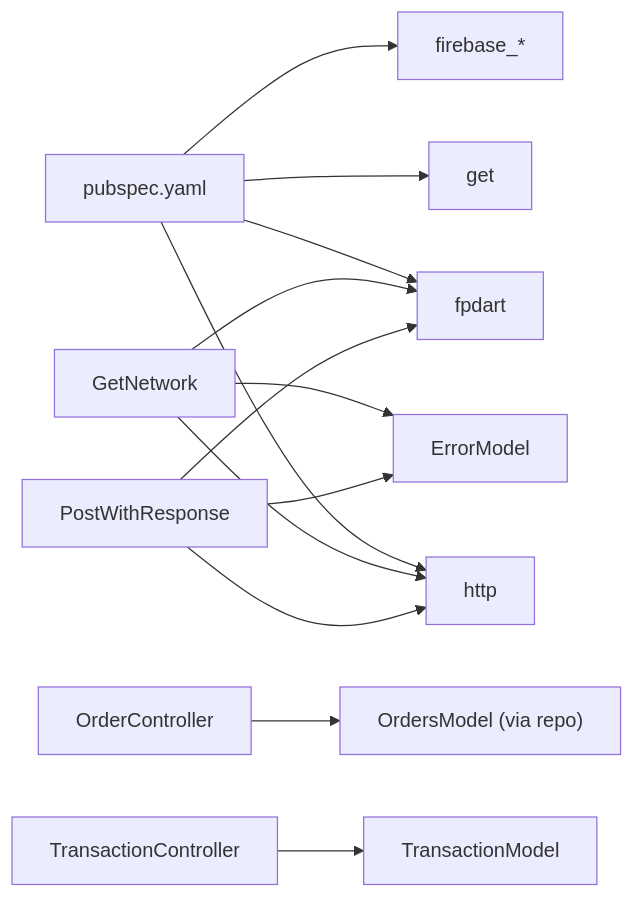
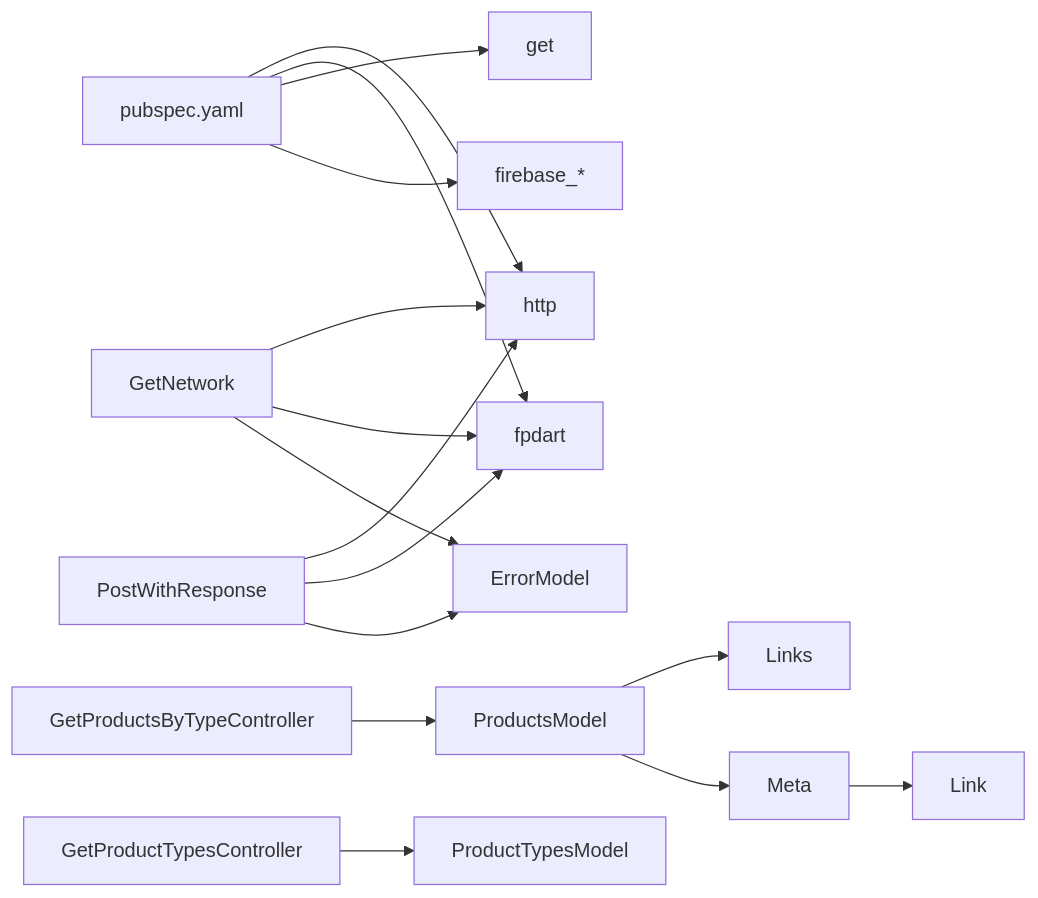
One commit to Ariful3111/FurniGo changed the sixth of 6 diagrams in .qoder/repowiki/en/content/Data Models and Schemas.md. Above: the diagram before and after it, drawn with Mermaid. The commit also changed other lines of this file and 8 other files, not shown here.

````diff
--- a/.qoder/repowiki/en/content/Data Models and Schemas.md
+++ b/.qoder/repowiki/en/content/Data Models and Schemas.md
@@ -334,15 +513,18 @@
 ```mermaid
 graph LR
 P["pubspec.yaml"] --> H["http"]
 P --> F["fpdart"]
 P --> G["get"]
 P --> FB["firebase_*"]
 NETG["GetNetwork"] --> H
 NETG --> F
 NETG --> EL["ErrorModel"]
 NETP["PostWithResponse"] --> H
 NETP --> F
 NETP --> EL
-OC["OrderController"] --> ORD["OrdersModel (via repo)"]
-TC["TransactionController"] --> TRX["TransactionModel"]
+PC["GetProductsByTypeController"] --> PM["ProductsModel"]
+PTC["GetProductTypesController"] --> PTM["ProductTypesModel"]
+PM --> L["Links"]
+PM --> M["Meta"]
+M --> L2["Link"]
 ```
````
